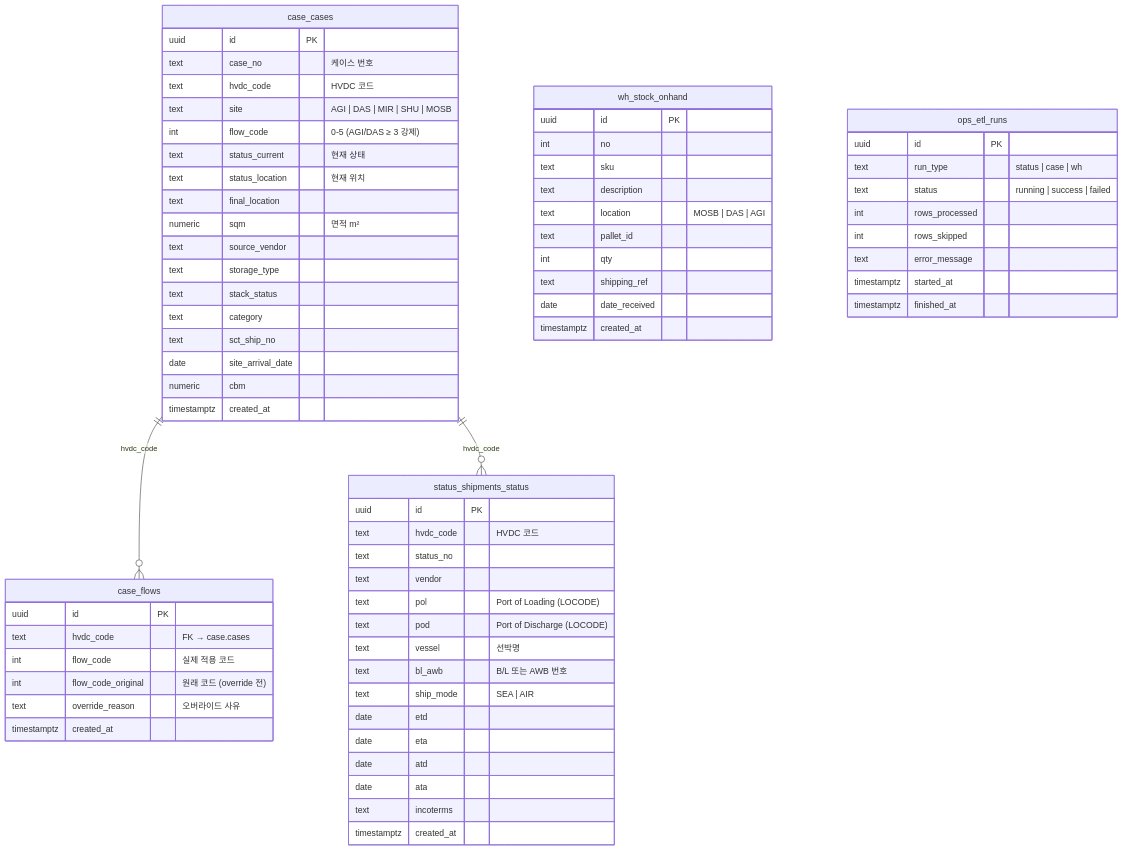
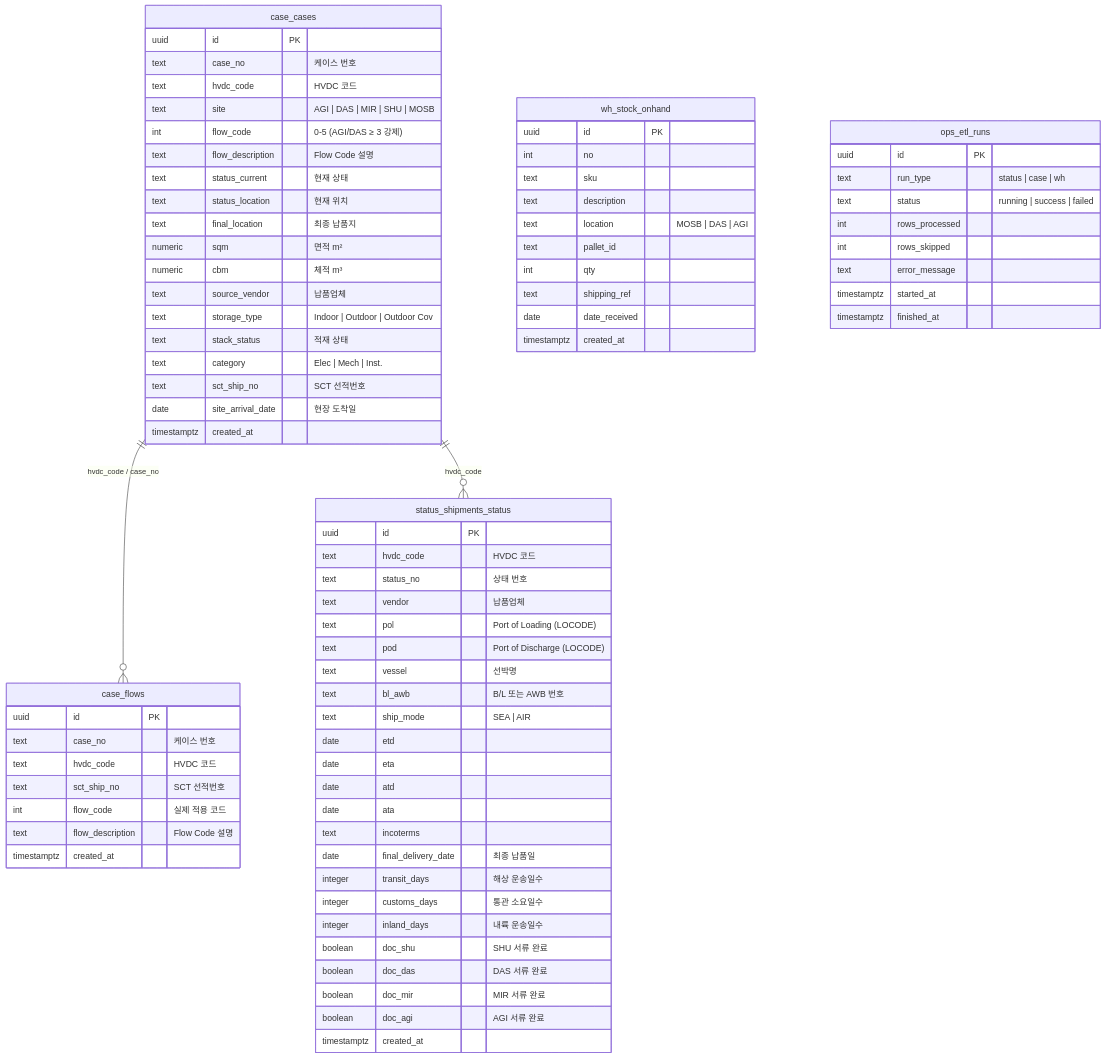
The third of 12 diagrams in apps/logistics-dashboard/docs/SUPABASE.md (macho715/logi_hvdc_dash), drawn with Mermaid before and after one commit. The commit also changed other lines of this file and 80 other files, not shown here.

````diff
--- a/apps/logistics-dashboard/docs/SUPABASE.md
+++ b/apps/logistics-dashboard/docs/SUPABASE.md
@@ -117,34 +127,36 @@
         text hvdc_code "HVDC 코드"
         text site "AGI | DAS | MIR | SHU | MOSB"
         int flow_code "0-5 (AGI/DAS ≥ 3 강제)"
+        text flow_description "Flow Code 설명"
         text status_current "현재 상태"
         text status_location "현재 위치"
-        text final_location
+        text final_location "최종 납품지"
         numeric sqm "면적 m²"
-        text source_vendor
-        text storage_type
-        text stack_status
-        text category
-        text sct_ship_no
-        date site_arrival_date
-        numeric cbm
+        numeric cbm "체적 m³"
+        text source_vendor "납품업체"
+        text storage_type "Indoor | Outdoor | Outdoor Cov"
+        text stack_status "적재 상태"
+        text category "Elec | Mech | Inst."
+        text sct_ship_no "SCT 선적번호"
+        date site_arrival_date "현장 도착일"
         timestamptz created_at
     }
 
     case_flows {
         uuid id PK
-        text hvdc_code "FK → case.cases"
+        text case_no "케이스 번호"
+        text hvdc_code "HVDC 코드"
+        text sct_ship_no "SCT 선적번호"
         int flow_code "실제 적용 코드"
-        int flow_code_original "원래 코드 (override 전)"
-        text override_reason "오버라이드 사유"
+        text flow_description "Flow Code 설명"
         timestamptz created_at
     }
 
     status_shipments_status {
         uuid id PK
         text hvdc_code "HVDC 코드"
-        text status_no
-        text vendor
+        text status_no "상태 번호"
+        text vendor "납품업체"
         text pol "Port of Loading (LOCODE)"
         text pod "Port of Discharge (LOCODE)"
         text vessel "선박명"
@@ -155,6 +167,14 @@
         date atd
         date ata
         text incoterms
+        date final_delivery_date "최종 납품일"
+        integer transit_days "해상 운송일수"
+        integer customs_days "통관 소요일수"
+        integer inland_days "내륙 운송일수"
+        boolean doc_shu "SHU 서류 완료"
+        boolean doc_das "DAS 서류 완료"
+        boolean doc_mir "MIR 서류 완료"
+        boolean doc_agi "AGI 서류 완료"
         timestamptz created_at
     }
 
@@ -182,6 +202,6 @@
         timestamptz finished_at
     }
 
-    case_cases ||--o{ case_flows : "hvdc_code"
+    case_cases ||--o{ case_flows : "hvdc_code / case_no"
     case_cases ||--o{ status_shipments_status : "hvdc_code"
 ```
````
